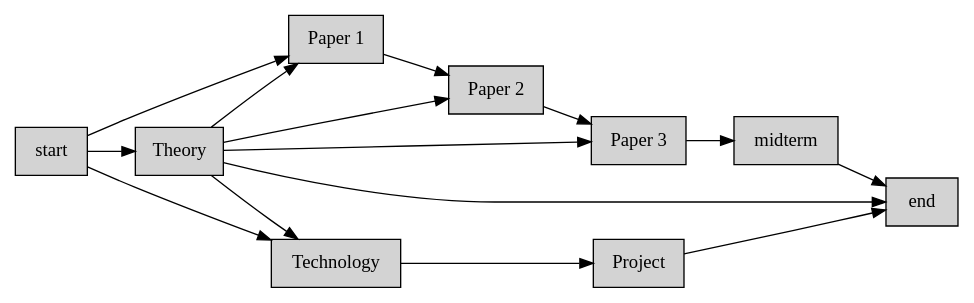
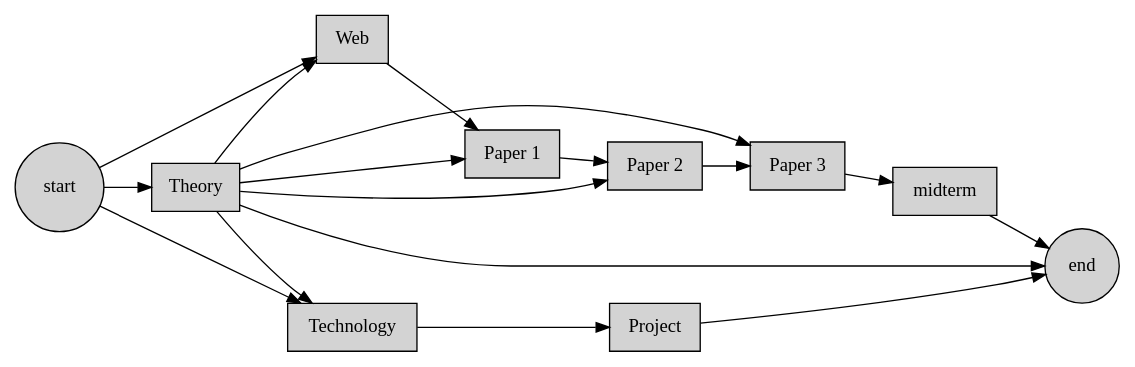
The diagram in docs/source/i524/index.rst (cloudmesh/classes), drawn with Graphviz before and after one commit.

Commit message:
new:dev: add web HW

```diff
--- a/docs/source/i524/index.rst
+++ b/docs/source/i524/index.rst
@@ -16,17 +16,20 @@
 .. graphviz::
 
    digraph class {
       rankdir="LR";
       node [shape=box,
             style=filled,
             fillcolor=lightgrey];
+      "start" [shape=circle];
+      "end" [shape=circle];      
       
       "start" -> "Technology";
       "start" -> "Theory" -> "end";
-      "start" -> "Paper 1" -> "Paper 2" -> "Paper 3" -> "midterm" -> "end";
+      "start" -> "Web" -> "Paper 1" -> "Paper 2" -> "Paper 3" -> "midterm" -> "end";
       "Theory" -> "Technology" -> "Project";
+      "Theory" -> "Web";
       "Theory" -> "Paper 1";
       "Theory" -> "Paper 2";
       "Theory" -> "Paper 3";   
       "Project" -> "end";            
    }
```
